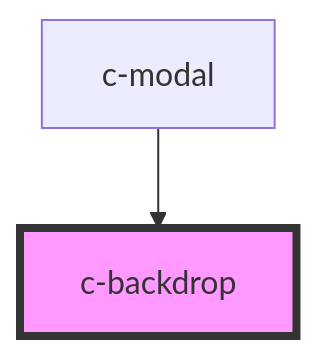
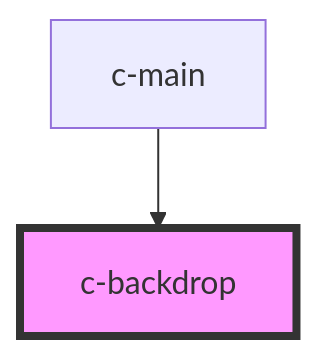
Before and after one commit to CSCfi/ui: the diagram in packages/csc-ui/src/components/c-backdrop/readme.md, drawn with Mermaid. The commit also changed other lines of this file and 5 other files, not shown here.

Commit message:
fix(c-modal): Fixed backdrop visibility

````diff
--- a/packages/csc-ui/src/components/c-backdrop/readme.md
+++ b/packages/csc-ui/src/components/c-backdrop/readme.md
@@ -22,5 +22,5 @@
 ```mermaid
 graph TD;
-  c-modal --> c-backdrop
+  c-main --> c-backdrop
   style c-backdrop fill:#f9f,stroke:#333,stroke-width:4px
 ```
````
